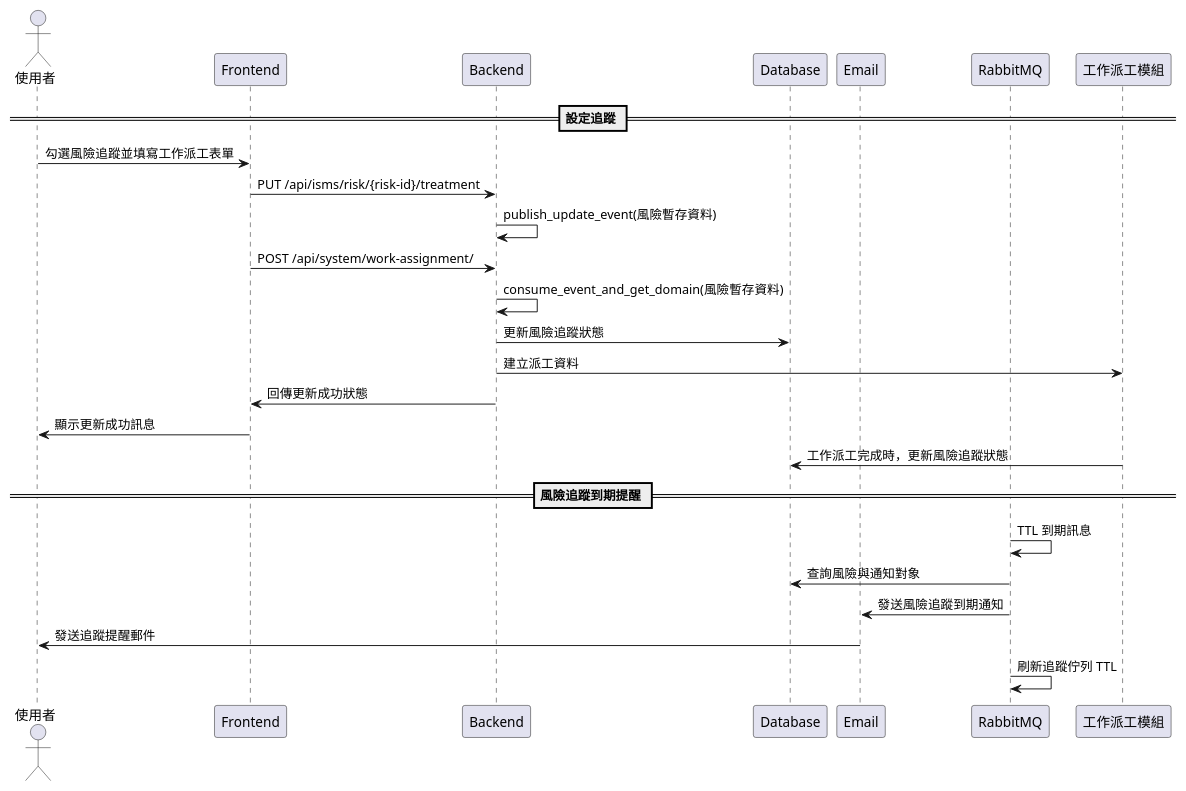
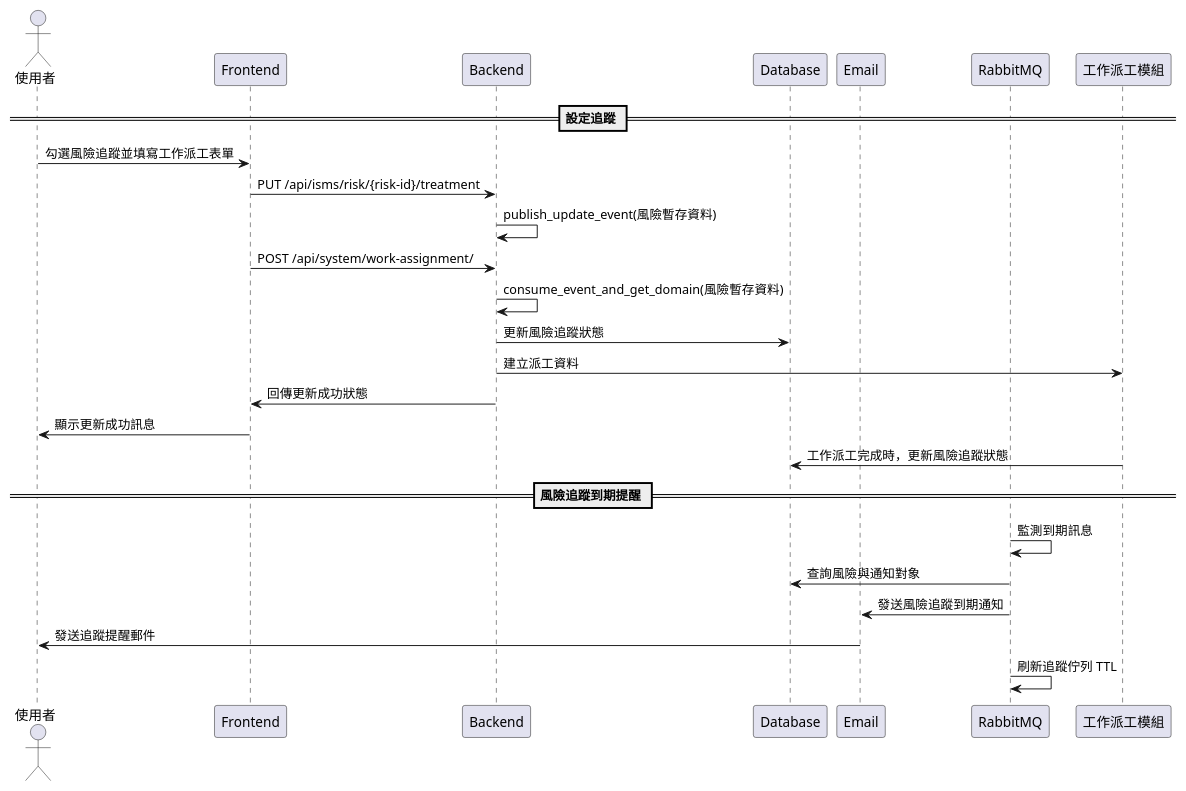
One commit to walle45611/NTUB_SecuManag_Diagram changed the diagram in plantUML/sequence/risk_tracking.puml. Above: the diagram before and after it, drawn with PlantUML.

Commit message:
modify: 調整風險追蹤到期提醒中的訊息描述

```diff
--- a/plantUML/sequence/risk_tracking.puml
+++ b/plantUML/sequence/risk_tracking.puml
@@ -1,30 +1,30 @@
 @startuml
 
 actor User as "使用者"
 participant Frontend
 participant Backend
 participant Database
 participant Email
 participant Queue as "RabbitMQ"
 participant "工作派工模組" as WorkAssignmentModule
 
 == 設定追蹤 ==
 User -> Frontend: 勾選風險追蹤並填寫工作派工表單
 Frontend -> Backend: PUT /api/isms/risk/{risk-id}/treatment
 Backend -> Backend: publish_update_event(風險暫存資料)
 Frontend -> Backend: POST /api/system/work-assignment/
 Backend -> Backend: consume_event_and_get_domain(風險暫存資料)
 Backend -> Database: 更新風險追蹤狀態
 Backend -> WorkAssignmentModule: 建立派工資料
 Backend -> Frontend: 回傳更新成功狀態
 Frontend -> User: 顯示更新成功訊息
 WorkAssignmentModule -> Database: 工作派工完成時，更新風險追蹤狀態
 
 == 風險追蹤到期提醒 ==
-Queue -> Queue: TTL 到期訊息
+Queue -> Queue: 監測到期訊息
 Queue -> Database: 查詢風險與通知對象
 Queue -> Email: 發送風險追蹤到期通知
 Email -> User: 發送追蹤提醒郵件
 Queue -> Queue: 刷新追蹤佇列 TTL
 
 @enduml
```
